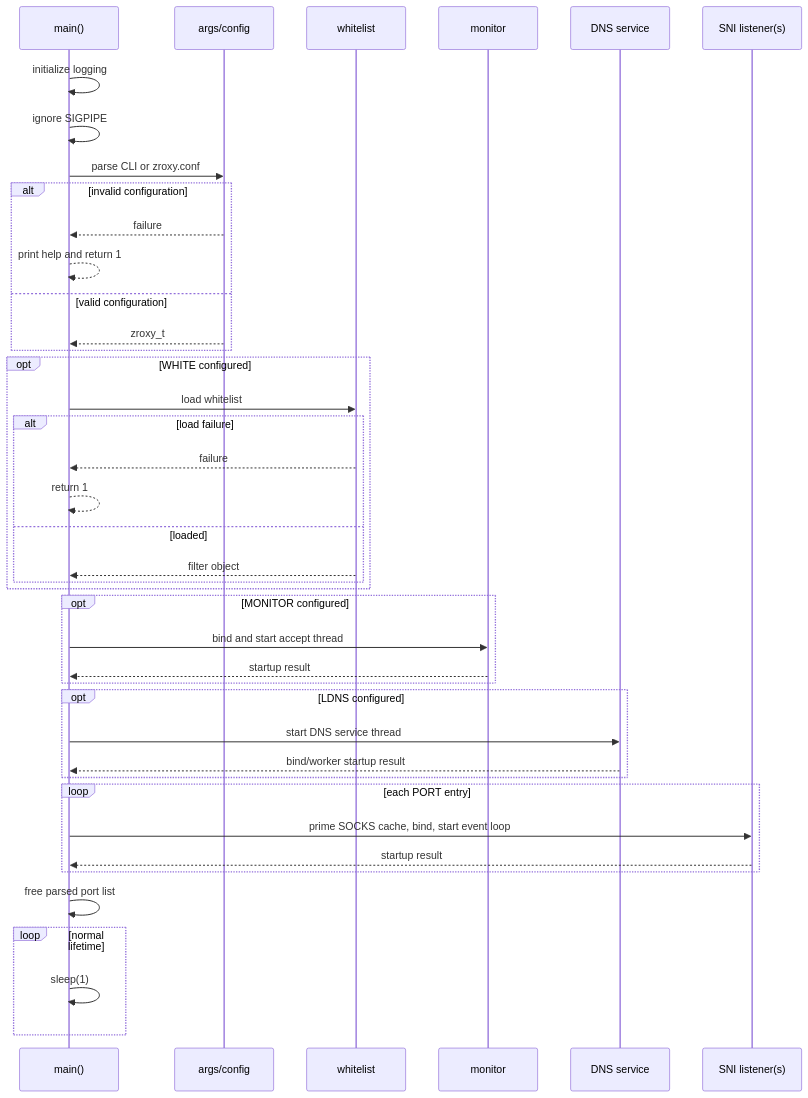
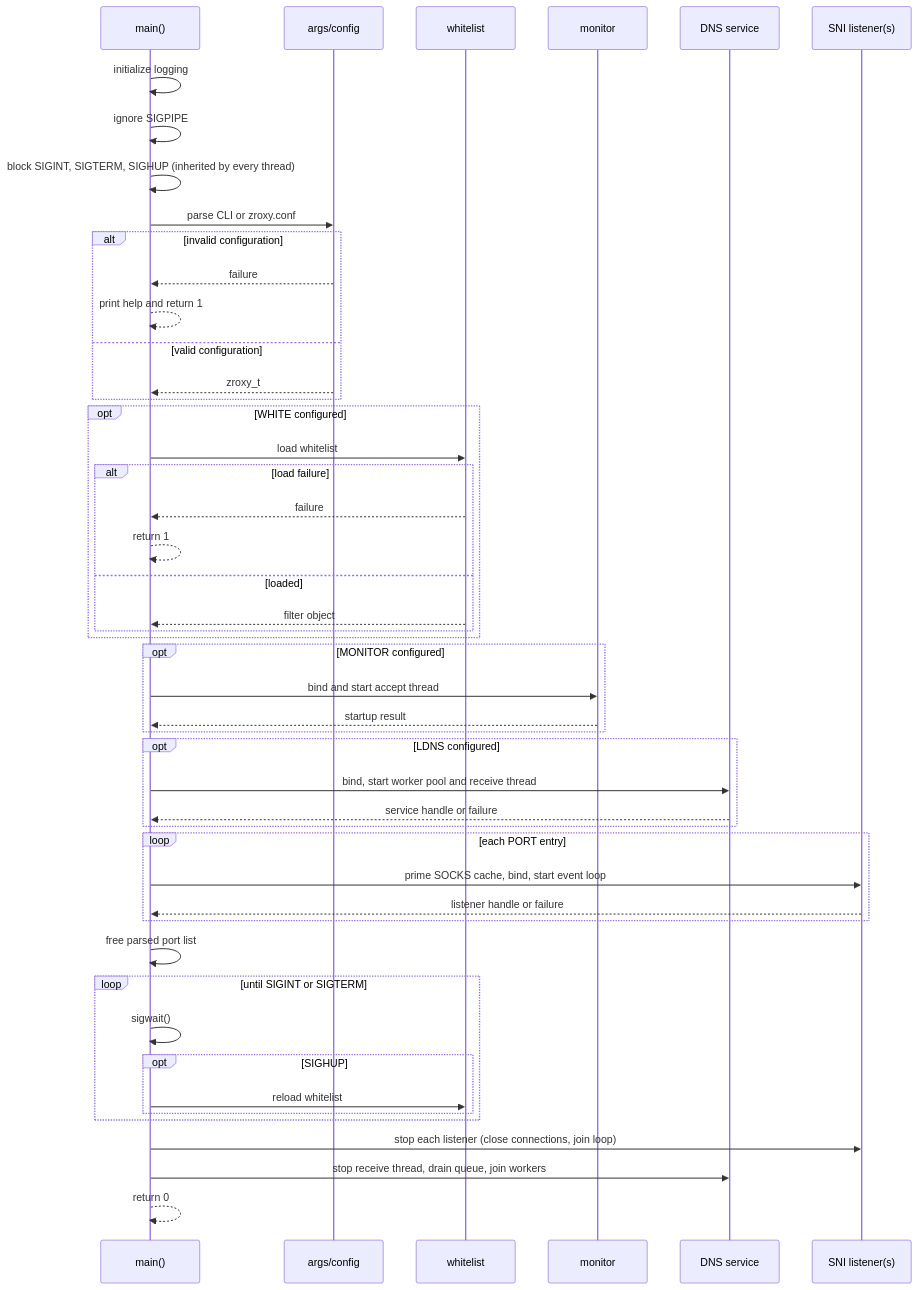
Before and after one commit to 0x7a657573/zroxy: the second of 11 diagrams in ARCHITECTURE.md, drawn with Mermaid. The commit also changed other lines of this file and 3 other files, not shown here.

Commit message:
docs: document DNS, lifecycle, whitelist, and layout changes

````diff
--- a/ARCHITECTURE.md
+++ b/ARCHITECTURE.md
@@ -116,49 +128,57 @@
 ```mermaid
 sequenceDiagram
     participant M as main()
     participant A as args/config
     participant F as whitelist
     participant Mo as monitor
     participant D as DNS service
     participant S as SNI listener(s)
 
     M->>M: initialize logging
     M->>M: ignore SIGPIPE
+    M->>M: block SIGINT, SIGTERM, SIGHUP (inherited by every thread)
     M->>A: parse CLI or zroxy.conf
     alt invalid configuration
         A-->>M: failure
         M-->>M: print help and return 1
     else valid configuration
         A-->>M: zroxy_t
     end
 
     opt WHITE configured
         M->>F: load whitelist
         alt load failure
             F-->>M: failure
             M-->>M: return 1
         else loaded
             F-->>M: filter object
         end
     end
 
     opt MONITOR configured
         M->>Mo: bind and start accept thread
         Mo-->>M: startup result
     end
 
     opt LDNS configured
-        M->>D: start DNS service thread
-        D-->>M: bind/worker startup result
+        M->>D: bind, start worker pool and receive thread
+        D-->>M: service handle or failure
     end
 
     loop each PORT entry
         M->>S: prime SOCKS cache, bind, start event loop
-        S-->>M: startup result
+        S-->>M: listener handle or failure
     end
 
     M->>M: free parsed port list
-    loop normal lifetime
-        M->>M: sleep(1)
+    loop until SIGINT or SIGTERM
+        M->>M: sigwait()
+        opt SIGHUP
+            M->>F: reload whitelist
+        end
     end
+
+    M->>S: stop each listener (close connections, join loop)
+    M->>D: stop receive thread, drain queue, join workers
+    M-->>M: return 0
 ```
````
